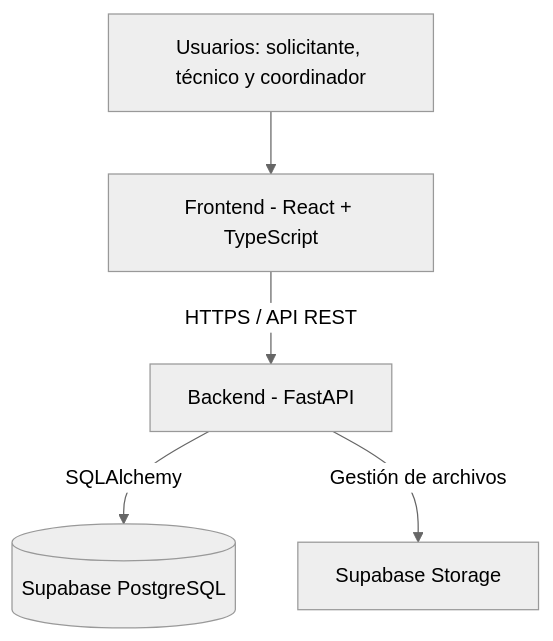
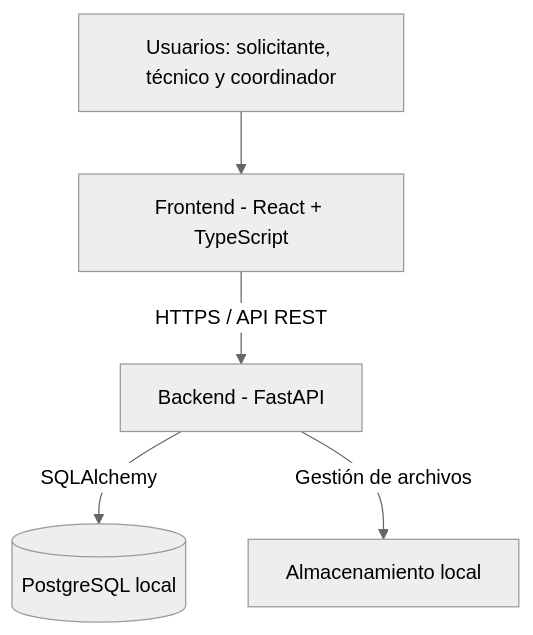
Before and after one commit to santifc37/SoporteTI: the first of 2 diagrams in docs/diseno.md, drawn with Mermaid (neutral theme). The commit also changed other lines of this file and 6620 other files, not shown here.

````diff
--- a/docs/diseno.md
+++ b/docs/diseno.md
@@ -46,13 +46,13 @@
 ```mermaid
 flowchart TD
     U["Usuarios: solicitante, técnico y coordinador"]
     F["Frontend - React + TypeScript"]
     A["Backend - FastAPI"]
-    D[("Supabase PostgreSQL")]
-    S["Supabase Storage"]
+    D[("PostgreSQL local")]
+    S["Almacenamiento local"]
 
     U --> F
     F -->|"HTTPS / API REST"| A
     A -->|"SQLAlchemy"| D
     A -->|"Gestión de archivos"| S
 ```
````
